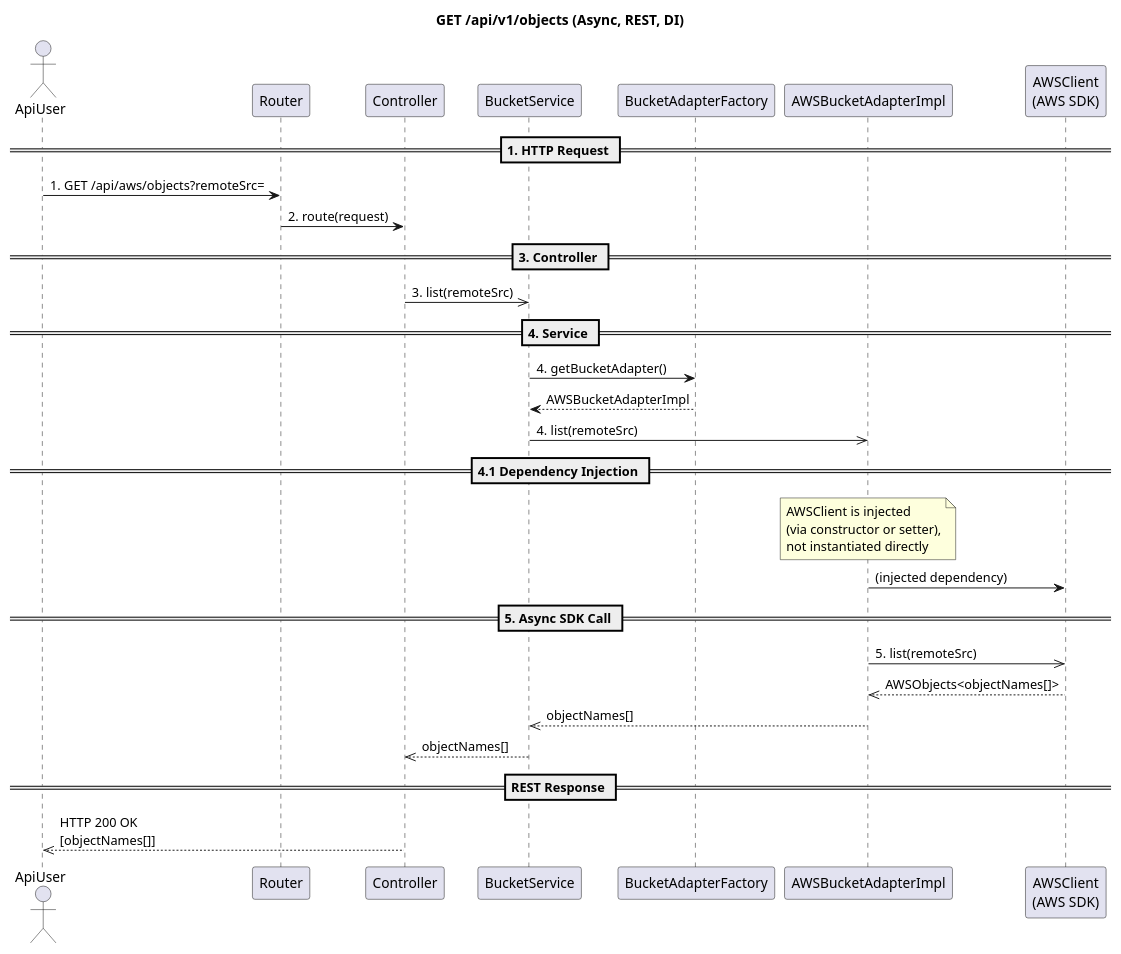
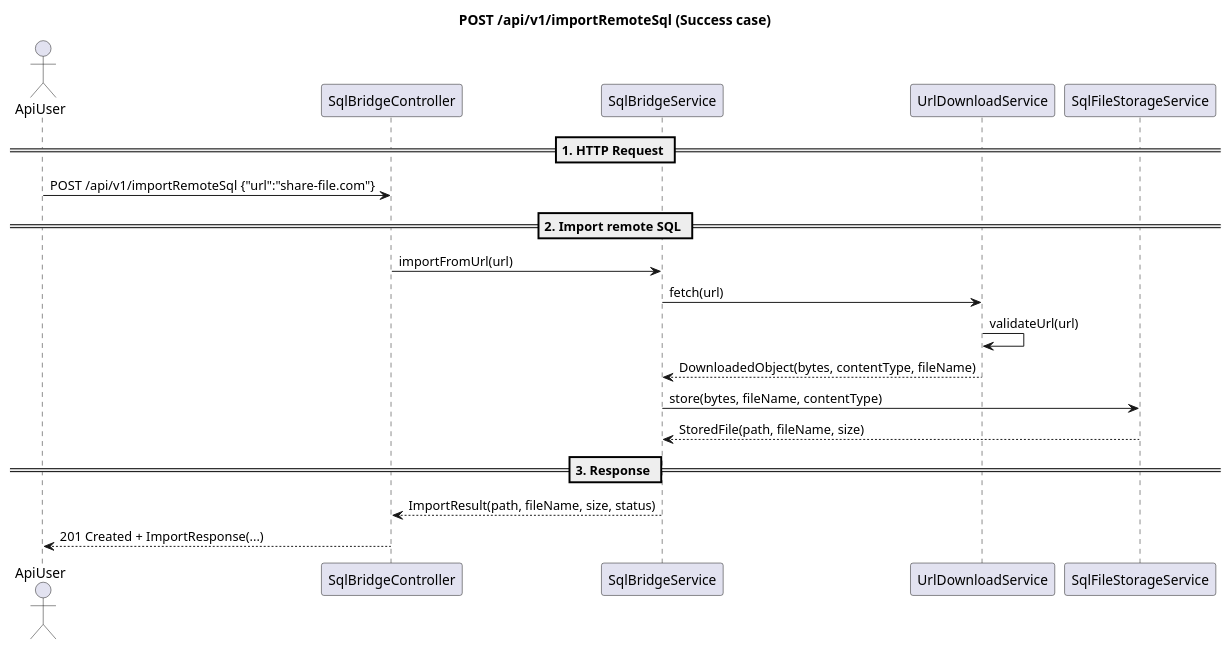
Before and after one commit to CPNV-ES-BI-RIA-PROJECT/RIA2-Executor: the diagram in docs/sequence-diagram.puml, drawn with PlantUML.

Commit message:
docs: udpate readme

```diff
--- a/docs/sequence-diagram.puml
+++ b/docs/sequence-diagram.puml
@@ -1,44 +1,26 @@
 @startuml
-title GET /api/v1/objects (Async, REST, DI)
+title POST /api/v1/importRemoteSql (Success case)
 
 actor ApiUser
-participant Router
-participant Controller
-participant BucketService
-participant BucketAdapterFactory
-participant "AWSBucketAdapterImpl" as AWSAdapter
-participant "AWSClient\n(AWS SDK)" as AWSClient
+participant SqlBridgeController
+participant SqlBridgeService
+participant UrlDownloadService
+participant SqlFileStorageService
 
 == 1. HTTP Request ==
-ApiUser -> Router: 1. GET /api/aws/objects?remoteSrc=
-Router -> Controller: 2. route(request)
+ApiUser -> SqlBridgeController: POST /api/v1/importRemoteSql {"url":"share-file.com"}
 
-== 3. Controller ==
-Controller ->> BucketService: 3. list(remoteSrc)
+== 2. Import remote SQL ==
+SqlBridgeController -> SqlBridgeService: importFromUrl(url)
+SqlBridgeService -> UrlDownloadService: fetch(url)
+UrlDownloadService -> UrlDownloadService: validateUrl(url)
+UrlDownloadService --> SqlBridgeService: DownloadedObject(bytes, contentType, fileName)
 
-== 4. Service ==
-BucketService -> BucketAdapterFactory: 4. getBucketAdapter()
-BucketAdapterFactory --> BucketService: AWSBucketAdapterImpl
+SqlBridgeService -> SqlFileStorageService: store(bytes, fileName, contentType)
+SqlFileStorageService --> SqlBridgeService: StoredFile(path, fileName, size)
 
-BucketService ->> AWSAdapter: 4. list(remoteSrc)
-
-== 4.1 Dependency Injection ==
-note over AWSAdapter
-AWSClient is injected
-(via constructor or setter),
-not instantiated directly
-end note
-
-AWSAdapter -> AWSClient: (injected dependency)
-
-== 5. Async SDK Call ==
-AWSAdapter ->> AWSClient: 5. list(remoteSrc)
-AWSClient -->> AWSAdapter: AWSObjects<objectNames[]>
-
-AWSAdapter -->> BucketService: objectNames[]
-BucketService -->> Controller: objectNames[]
-
-== REST Response ==
-Controller -->> ApiUser: HTTP 200 OK\n[objectNames[]]
+== 3. Response ==
+SqlBridgeService --> SqlBridgeController: ImportResult(path, fileName, size, status)
+SqlBridgeController --> ApiUser: 201 Created + ImportResponse(...)
 
 @enduml
```
